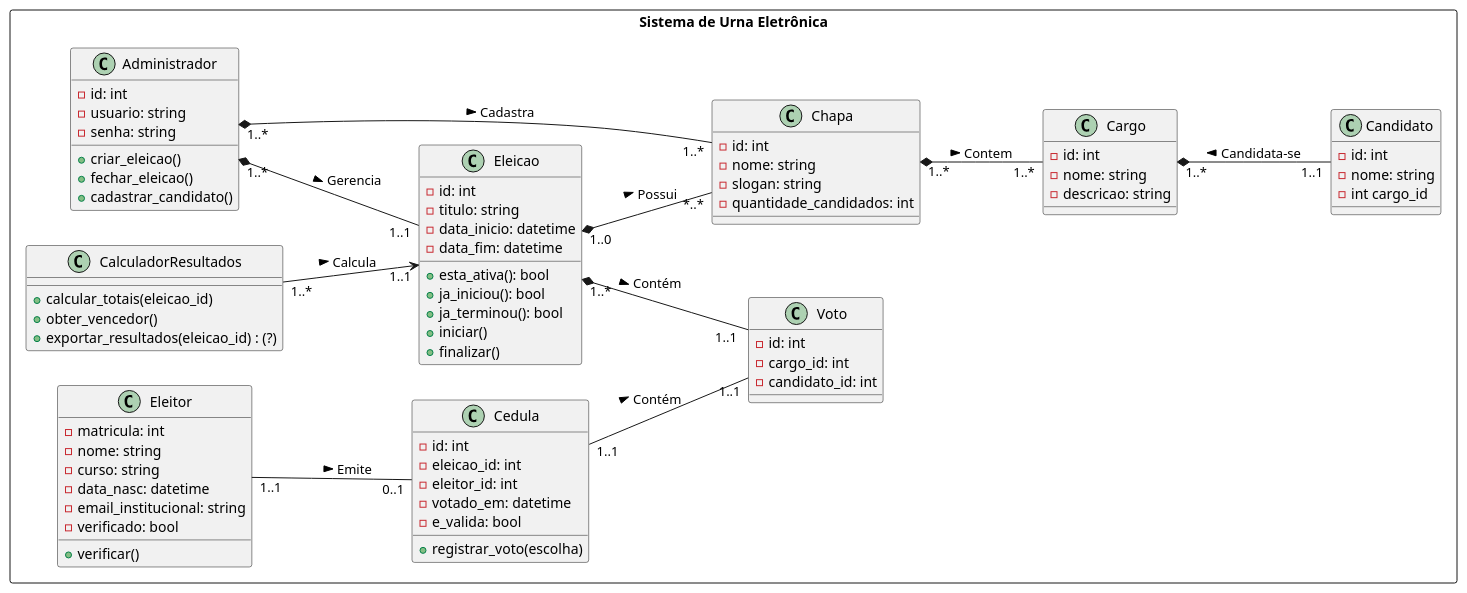
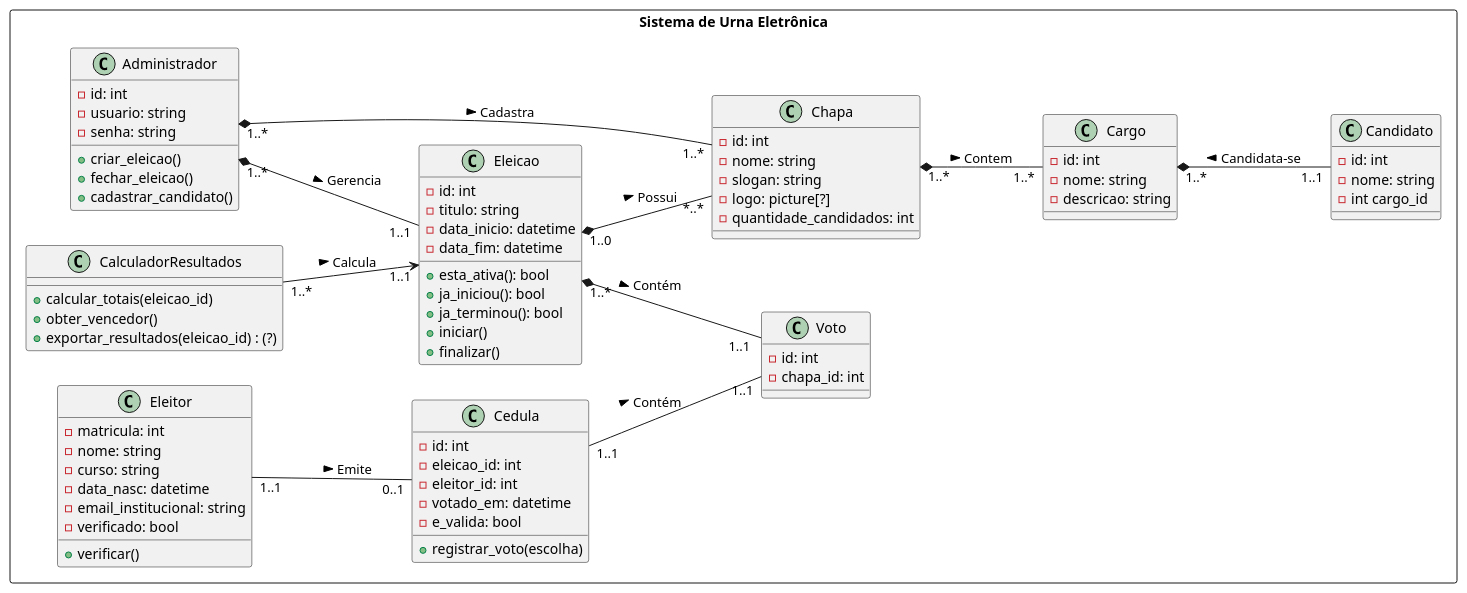
One commit to Bields190/Urna changed the diagram in UML/UML_ideia.puml. Above: the diagram before and after it, drawn with PlantUML.

Commit message:
FIXdoFIX: adiciona `logo` a chapa e torna o voto a ser para a chapa

```diff
--- a/UML/UML_ideia.puml
+++ b/UML/UML_ideia.puml
@@ -1,93 +1,93 @@
 @startuml
 left to right direction
 
 rectangle "Sistema de Urna Eletrônica" {
 
     class Eleicao {
         -id: int
         -titulo: string
         -data_inicio: datetime
         -data_fim: datetime
 
         +esta_ativa(): bool
         +ja_iniciou(): bool
         +ja_terminou(): bool
         +iniciar()
         +finalizar()
     }
 
     class Cargo {
         -id: int
         -nome: string
         -descricao: string
     }
 
     class Candidato {
         -id: int
         -nome: string
         -int cargo_id
     }
 
     class Chapa{
         -id: int
         -nome: string
         -slogan: string
+        -logo: picture[?]
         -quantidade_candidados: int
     }
 
     class Eleitor {
         -matricula: int
         -nome: string
         -curso: string
         -data_nasc: datetime
         -email_institucional: string
         -verificado: bool
 
         +verificar()
     }
 
     class Voto {
         -id: int
-        -cargo_id: int
-        -candidato_id: int
+        -chapa_id: int
     }
 
     class Cedula {
         -id: int
         -eleicao_id: int
         -eleitor_id: int
         -votado_em: datetime
         -e_valida: bool
 
         +registrar_voto(escolha)
     }
 
 
     class Administrador {
         -id: int
         -usuario: string
         -senha: string
 
         +criar_eleicao()
         +fechar_eleicao()
         +cadastrar_candidato()
     }
 
     class CalculadorResultados {
         +calcular_totais(eleicao_id)
         +obter_vencedor()
         +exportar_resultados(eleicao_id) : (?)
     }
 
     Chapa "1..*" *-- "1..*" Cargo : > Contem
     Cargo "1..*" *-- "1..1" Candidato : Candidata-se <
     Eleicao "1..0" *-- "*..*" Chapa : > Possui
     Eleitor "1..1" -- "0..1" Cedula : > Emite
     Cedula "1..1" -- "1..1" Voto : > Contém
     Administrador "1..*" *-- "1..1" Eleicao : > Gerencia
     CalculadorResultados "1..*" --> "1..1" Eleicao : > Calcula
     Administrador "1..*" *-  "1..*" Chapa : > Cadastra
     Eleicao "1..* " *--  "1..1 " Voto: > Contém
 }
 
 @enduml
```
